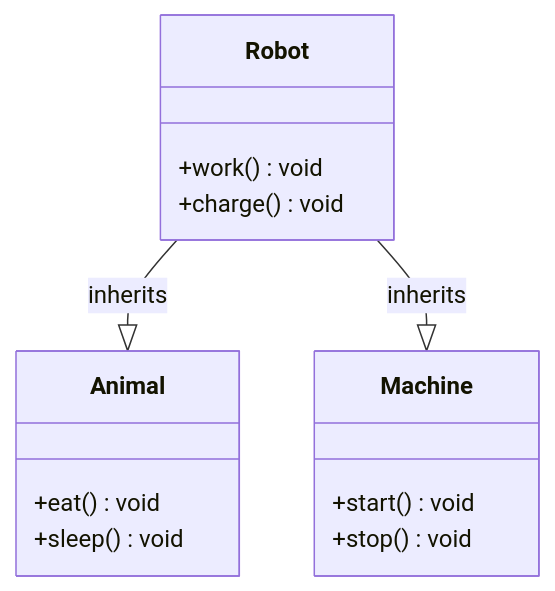
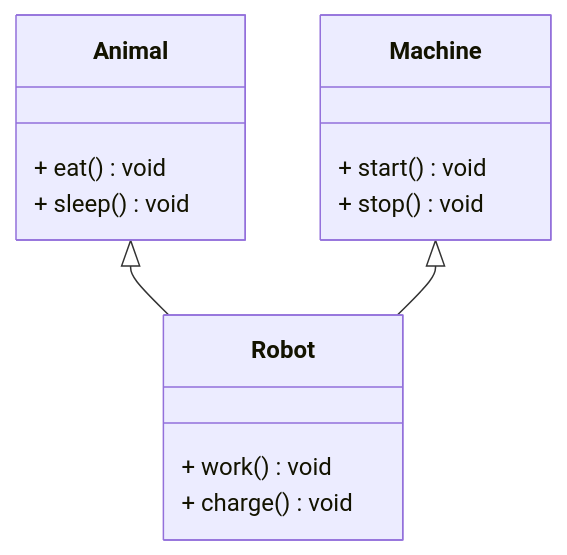
One commit to TroelsMortensen/Codelabs2 changed the fourth of 4 diagrams in Articles/Session 13 - Inheritance/004 UML.md. Above: the diagram before and after it, drawn with Mermaid. The commit also changed other lines of this file and 14 other files, not shown here.

````diff
--- a/Articles/Session 13 - Inheritance/004 UML.md
+++ b/Articles/Session 13 - Inheritance/004 UML.md
@@ -185,20 +180,20 @@
 ```mermaid
 classDiagram
     class Animal {
-        +eat() void
-        +sleep() void
+        + eat() void
+        + sleep() void
     }
     
     class Machine {
-        +start() void
-        +stop() void
+        + start() void
+        + stop() void
     }
     
     class Robot {
-        +work() void
-        +charge() void
+        + work() void
+        + charge() void
     }
     
-    Robot --|> Animal : inherits
-    Robot --|> Machine : inherits
+    Animal <|-- Robot    
+    Machine <|-- Robot
 ```
````
